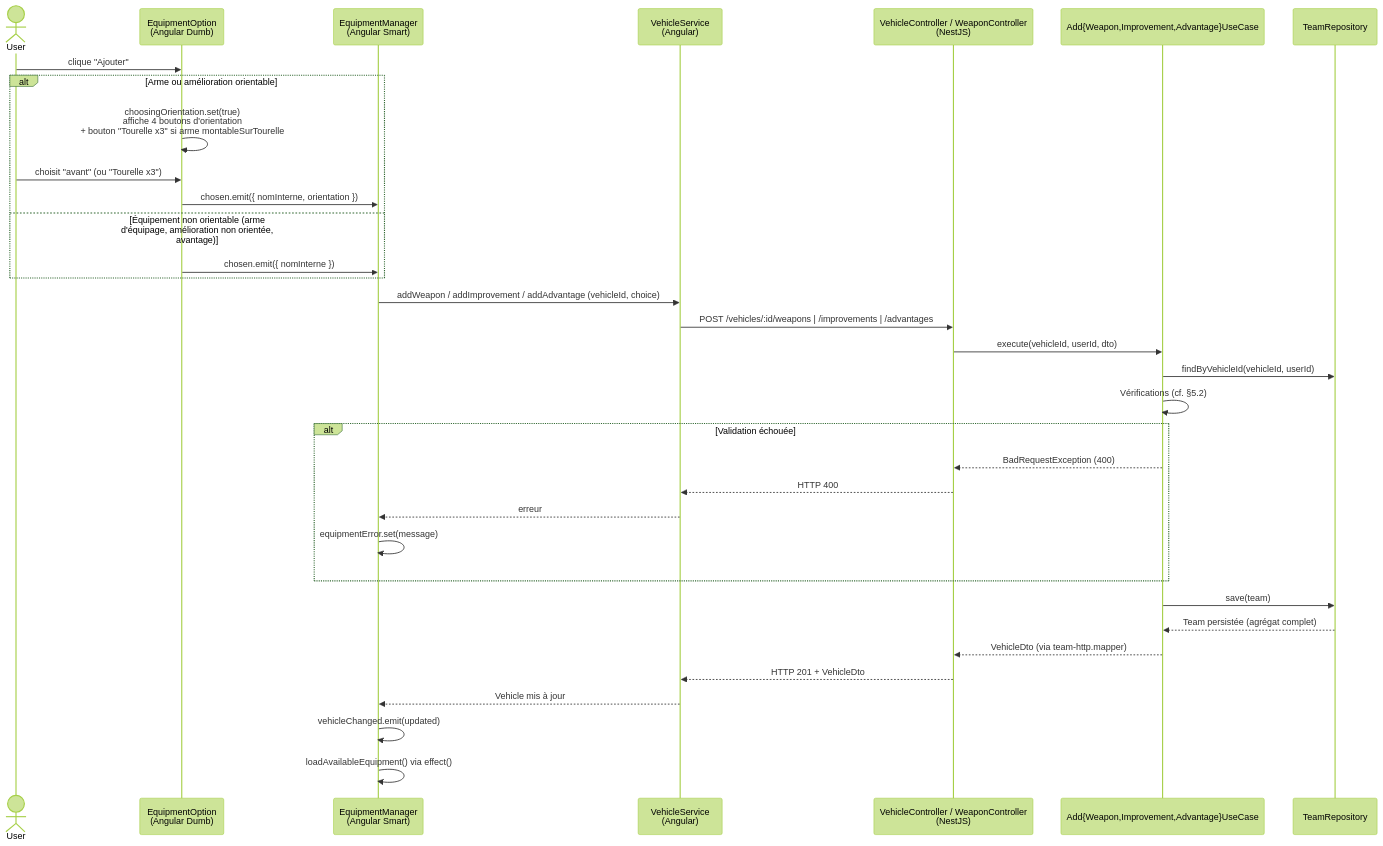
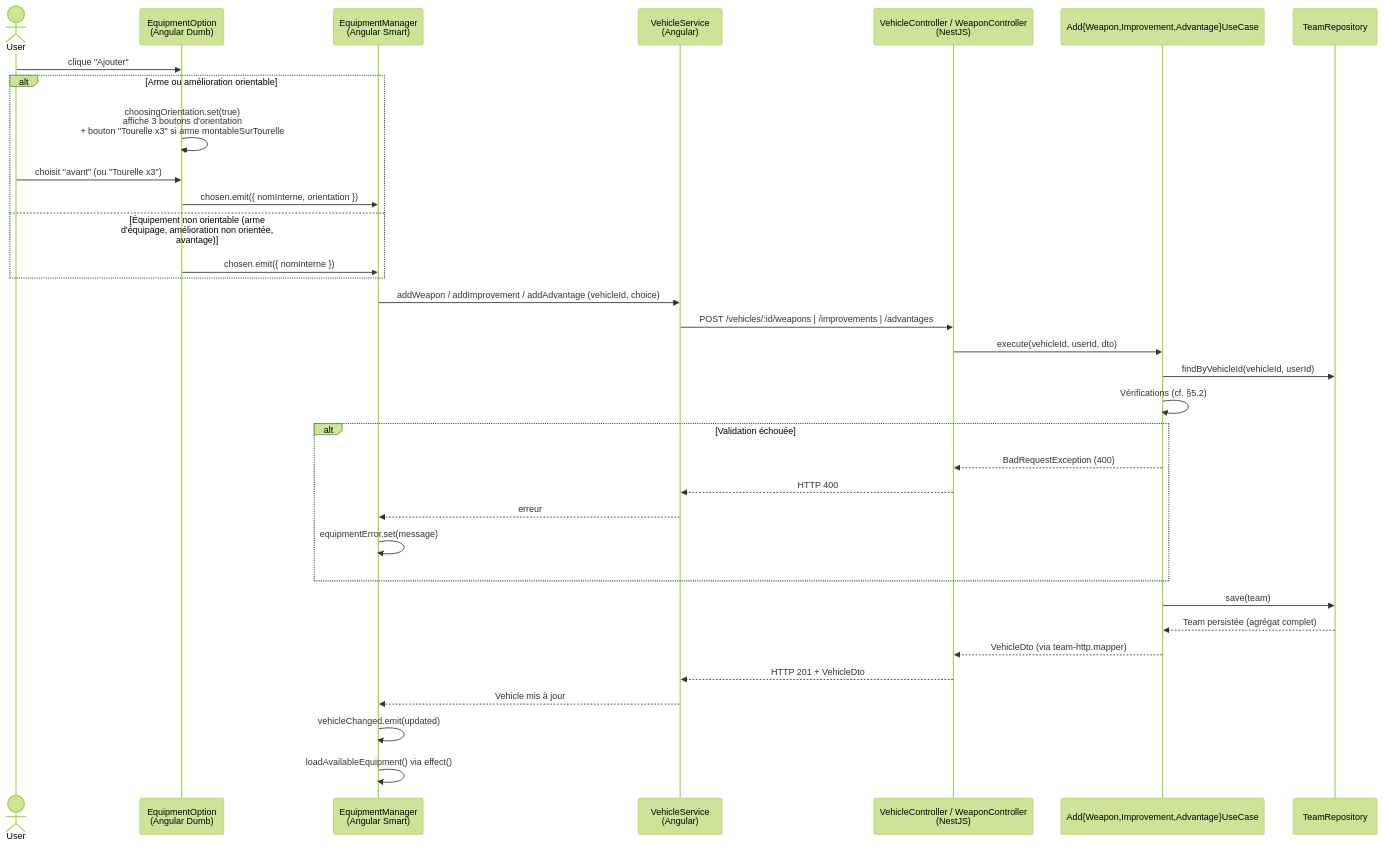
One commit to arnaudbracchetti/gaslands-manager changed the fifth of 7 diagrams in docs/VEHICLE_SYSTEM.md. Above: the diagram before and after it, drawn with Mermaid (forest theme). The commit also changed other lines of this file and 16 other files, not shown here.

````diff
--- a/docs/VEHICLE_SYSTEM.md
+++ b/docs/VEHICLE_SYSTEM.md
@@ -525,40 +525,40 @@
 ```mermaid
 sequenceDiagram
     actor User
     participant EO as EquipmentOption<br/>(Angular Dumb)
     participant EM as EquipmentManager<br/>(Angular Smart)
     participant VS as VehicleService<br/>(Angular)
     participant Ctrl as VehicleController / WeaponController<br/>(NestJS)
     participant UC as Add{Weapon,Improvement,Advantage}UseCase
     participant TR as TeamRepository
 
     User->>EO: clique "Ajouter"
     alt Arme ou amélioration orientable
-        EO->>EO: choosingOrientation.set(true)<br/>affiche 4 boutons d'orientation<br/>+ bouton "Tourelle x3" si arme montableSurTourelle
+        EO->>EO: choosingOrientation.set(true)<br/>affiche 3 boutons d'orientation<br/>+ bouton "Tourelle x3" si arme montableSurTourelle
         User->>EO: choisit "avant" (ou "Tourelle x3")
         EO->>EM: chosen.emit({ nomInterne, orientation })
     else Équipement non orientable (arme d'équipage, amélioration non orientée, avantage)
         EO->>EM: chosen.emit({ nomInterne })
     end
 
     EM->>VS: addWeapon / addImprovement / addAdvantage (vehicleId, choice)
     VS->>Ctrl: POST /vehicles/:id/weapons | /improvements | /advantages
 
     Ctrl->>UC: execute(vehicleId, userId, dto)
     UC->>TR: findByVehicleId(vehicleId, userId)
     UC->>UC: Vérifications (cf. §5.2)
     alt Validation échouée
         UC-->>Ctrl: BadRequestException (400)
         Ctrl-->>VS: HTTP 400
         VS-->>EM: erreur
         EM->>EM: equipmentError.set(message)
     end
 
     UC->>TR: save(team)
     TR-->>UC: Team persistée (agrégat complet)
     UC-->>Ctrl: VehicleDto (via team-http.mapper)
     Ctrl-->>VS: HTTP 201 + VehicleDto
     VS-->>EM: Vehicle mis à jour
     EM->>EM: vehicleChanged.emit(updated)
     EM->>EM: loadAvailableEquipment() via effect()
 ```
````
